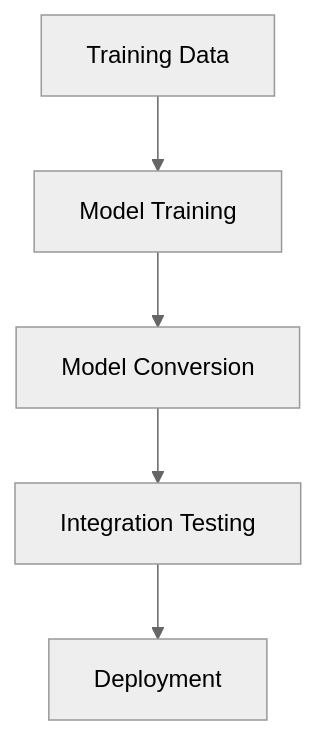
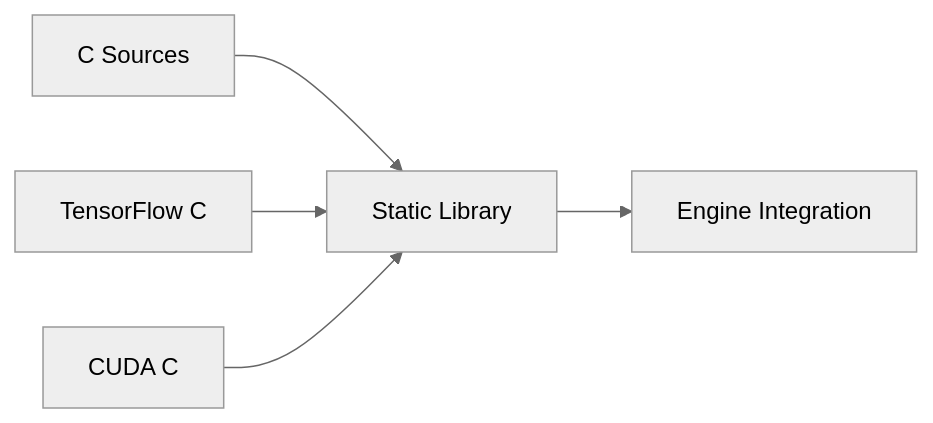
Before and after one commit to ariargenta/yashima-engine: diagram 18 of 18 in docs/design/vision-and-scope.md, drawn with Mermaid (neutral theme). The commit also changed other lines of this file, not shown here.

````diff
--- a/docs/design/vision-and-scope.md
+++ b/docs/design/vision-and-scope.md
@@ -1262,7 +1294,7 @@
 ```mermaid
-graph TD
-    A[Training Data] --> B[Model Training]
-    B --> C[Model Conversion]
-    C --> D[Integration Testing]
-    D --> E[Deployment]
+graph LR
+    A[C Sources] --> B[Static Library]
+    B --> C[Engine Integration]
+    D[TensorFlow C] --> B
+    E[CUDA C] --> B
 ```
````
